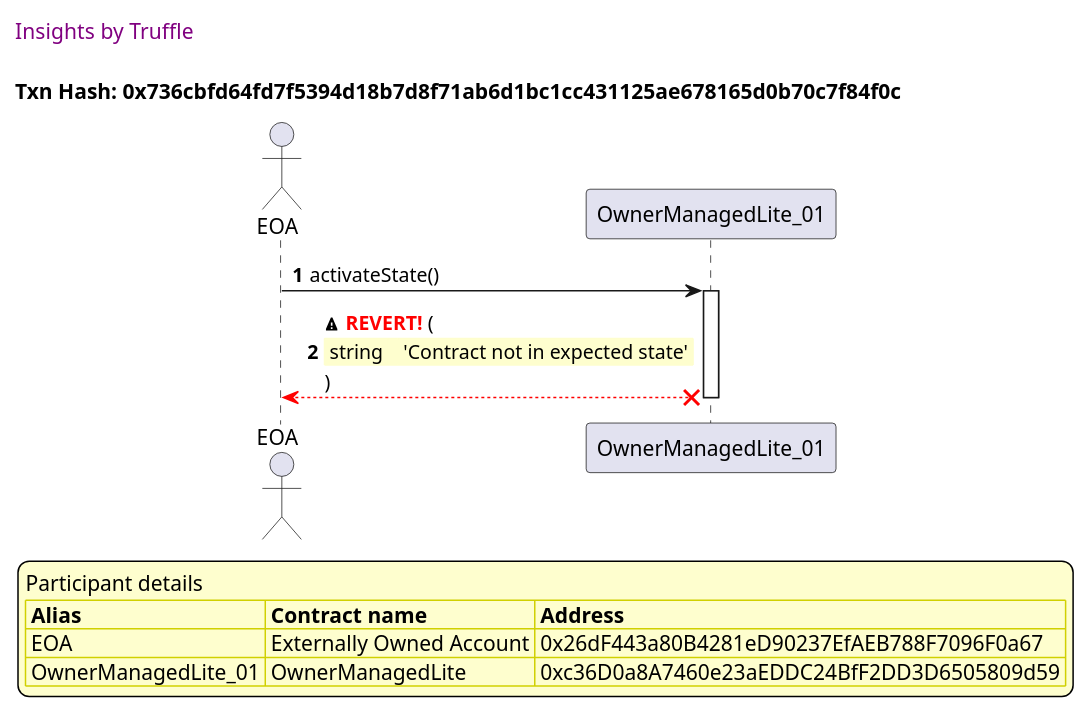
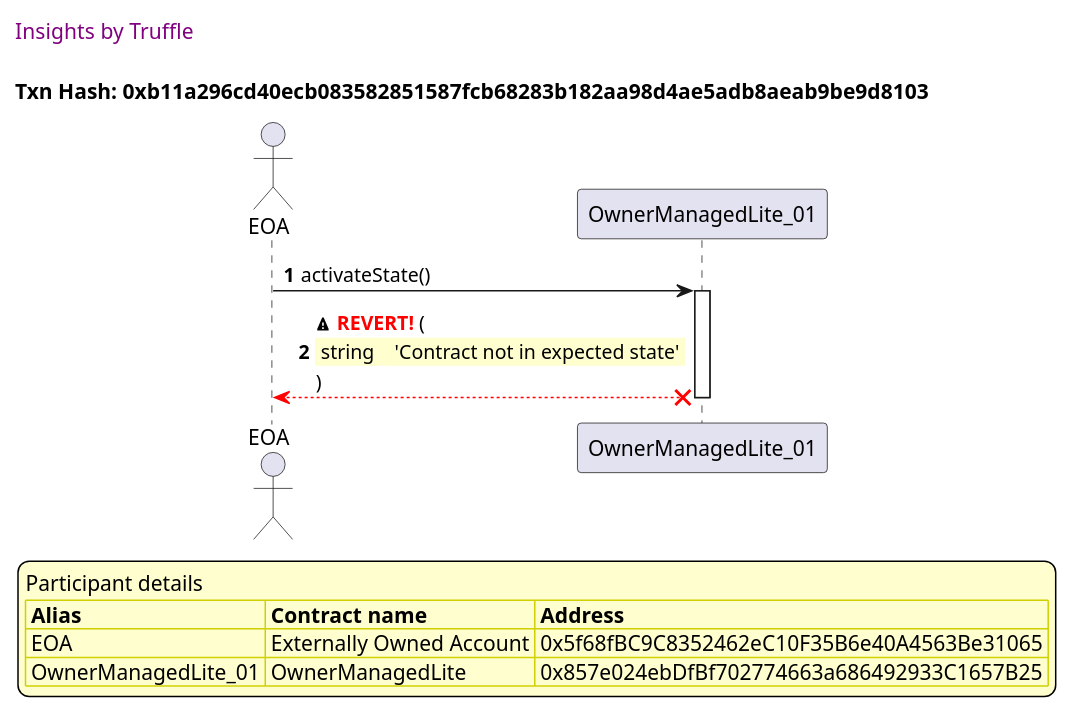
The ninth of 16 diagrams in truffle-seq/OwnerManagedLite_test_activate_deactivate_dapp.md (thedarkjester/ConsensysAssignment), drawn with PlantUML before and after one commit. The commit also changed other lines of this file and 13 other files, not shown here.

````diff
--- a/truffle-seq/OwnerManagedLite_test_activate_deactivate_dapp.md
+++ b/truffle-seq/OwnerManagedLite_test_activate_deactivate_dapp.md
@@ -385,40 +385,40 @@
 ```plantuml
 
 
 @startuml
 
 autonumber
 skinparam legendBackgroundColor #FEFECE
 
 <style>
       header {
         HorizontalAlignment left
         FontColor purple
         FontSize 14
         Padding 10
       }
     </style>
 
 header Insights by Truffle
 
-title Txn Hash: 0x736cbfd64fd7f5394d18b7d8f71ab6d1bc1cc431125ae678165d0b70c7f84f0c
+title Txn Hash: 0xb11a296cd40ecb083582851587fcb68283b182aa98d4ae5adb8aeab9be9d8103
 
 
 actor EOA as "EOA"
 participant OwnerManagedLite_01 as "OwnerManagedLite_01"
 
 "EOA" -> "OwnerManagedLite_01" ++: activateState()
 "OwnerManagedLite_01" x-[#red]-> "EOA" --: <&warning> <color #red>**REVERT!**</color> (\n\
 <#FEFECE,#FEFECE>| string |  | 'Contract not in expected state' |\n\
 )
 deactivate "OwnerManagedLite_01"
 
 legend
 Participant details
 <#FEFECE,#D0D000>|= Alias |= Contract name |= Address |
-<#FEFECE>| EOA | Externally Owned Account | 0x26dF443a80B4281eD90237EfAEB788F7096F0a67 |
-<#FEFECE>| OwnerManagedLite_01 | OwnerManagedLite | 0xc36D0a8A7460e23aEDDC24BfF2DD3D6505809d59 |
+<#FEFECE>| EOA | Externally Owned Account | 0x5f68fBC9C8352462eC10F35B6e40A4563Be31065 |
+<#FEFECE>| OwnerManagedLite_01 | OwnerManagedLite | 0x857e024ebDfBf702774663a686492933C1657B25 |
 endlegend
 
 @enduml
 ```
````
